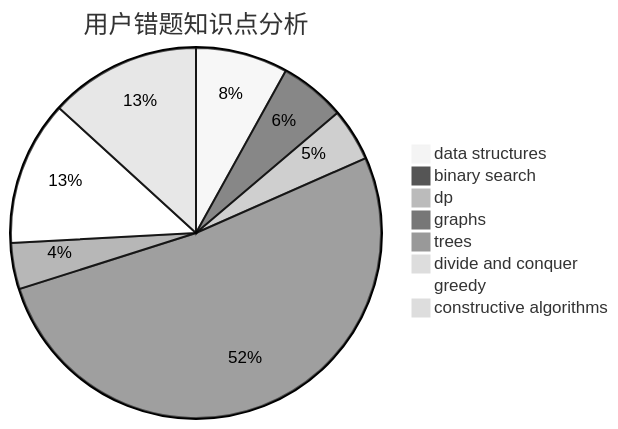
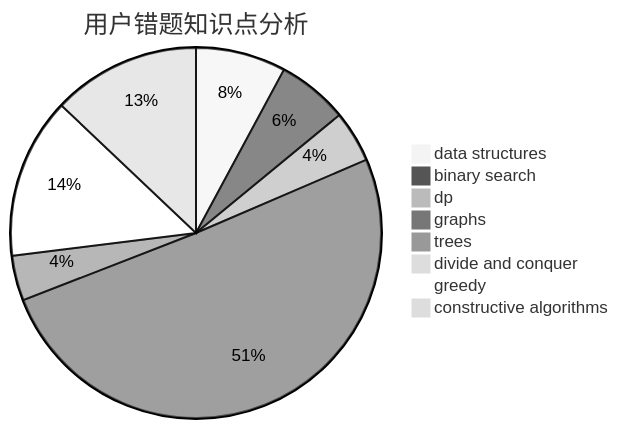
The third of 3 diagrams in docs/user/u2502.md (sherpahu/cfrs.github.io), drawn with Mermaid (neutral theme) before and after one commit. The commit also changed other lines of this file and 2770 other files, not shown here.

````diff
--- a/docs/user/u2502.md
+++ b/docs/user/u2502.md
@@ -36,11 +36,11 @@
 ```mermaid
 pie title 用户错题知识点分析
     "data structures" :  14
-    "binary search" :  10
+    "binary search" :  11
     "dp" :  8
     "graphs" :  90
     "trees" :  7
     "divide and conquer" :  0
-    "greedy" :  22
+    "greedy" :  25
     "constructive algorithms" :  23
 ```
````
